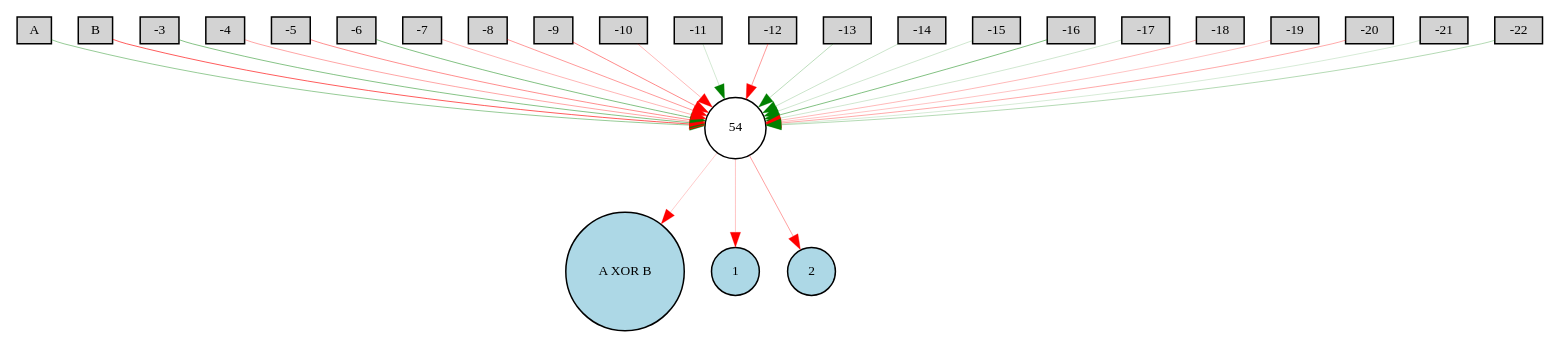
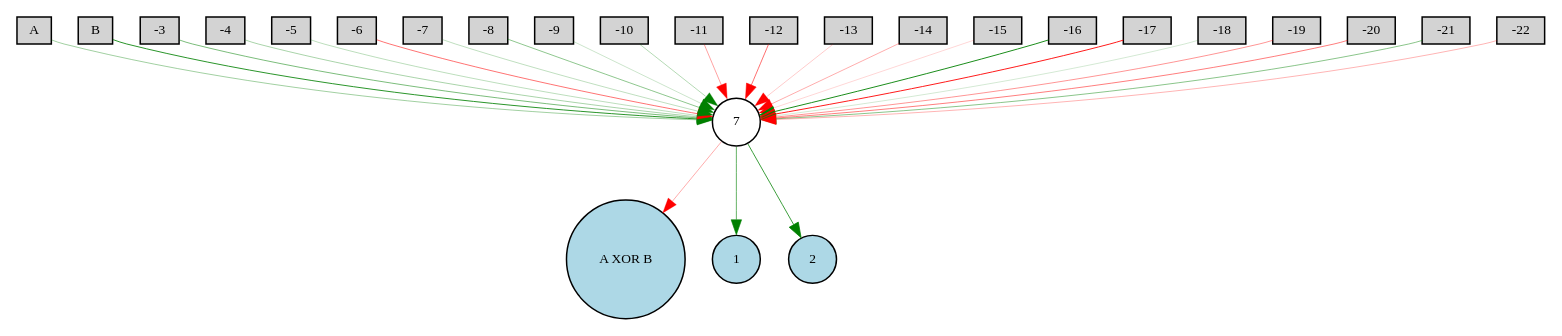
One commit to arashparnia/torcs changed the diagram in Digraph.gv. Above: the diagram before and after it, drawn with Graphviz. The commit also changed 8 other files, not shown here.

```diff
--- a/Digraph.gv
+++ b/Digraph.gv
@@ -1,54 +1,54 @@
 digraph {
 	node [fontsize=9 height=0.2 shape=circle width=0.2]
 	A [fillcolor=lightgray shape=box style=filled]
 	B [fillcolor=lightgray shape=box style=filled]
 	-3 [fillcolor=lightgray shape=box style=filled]
 	-4 [fillcolor=lightgray shape=box style=filled]
 	-5 [fillcolor=lightgray shape=box style=filled]
 	-6 [fillcolor=lightgray shape=box style=filled]
 	-7 [fillcolor=lightgray shape=box style=filled]
 	-8 [fillcolor=lightgray shape=box style=filled]
 	-9 [fillcolor=lightgray shape=box style=filled]
 	-10 [fillcolor=lightgray shape=box style=filled]
 	-11 [fillcolor=lightgray shape=box style=filled]
 	-12 [fillcolor=lightgray shape=box style=filled]
 	-13 [fillcolor=lightgray shape=box style=filled]
 	-14 [fillcolor=lightgray shape=box style=filled]
 	-15 [fillcolor=lightgray shape=box style=filled]
 	-16 [fillcolor=lightgray shape=box style=filled]
 	-17 [fillcolor=lightgray shape=box style=filled]
 	-18 [fillcolor=lightgray shape=box style=filled]
 	-19 [fillcolor=lightgray shape=box style=filled]
 	-20 [fillcolor=lightgray shape=box style=filled]
 	-21 [fillcolor=lightgray shape=box style=filled]
 	-22 [fillcolor=lightgray shape=box style=filled]
 	"A XOR B" [fillcolor=lightblue style=filled]
 	1 [fillcolor=lightblue style=filled]
 	2 [fillcolor=lightblue style=filled]
-	54 [fillcolor=white style=filled]
-	A -> 54 [color=green penwidth=0.27652886281036027 style=solid]
-	B -> 54 [color=red penwidth=0.43052549484257185 style=solid]
-	-3 -> 54 [color=green penwidth=0.32378578011933834 style=solid]
-	-4 -> 54 [color=red penwidth=0.243937608667088 style=solid]
-	-5 -> 54 [color=red penwidth=0.29968091282860376 style=solid]
-	-6 -> 54 [color=green penwidth=0.3349013456183035 style=solid]
-	-7 -> 54 [color=red penwidth=0.19801178124162183 style=solid]
-	-8 -> 54 [color=red penwidth=0.26971407026482497 style=solid]
-	-9 -> 54 [color=red penwidth=0.31111077936640497 style=solid]
-	-10 -> 54 [color=red penwidth=0.18679287073137096 style=solid]
-	-11 -> 54 [color=green penwidth=0.12122237953985682 style=solid]
-	-12 -> 54 [color=red penwidth=0.2693517365052116 style=solid]
-	-13 -> 54 [color=green penwidth=0.18234603790597692 style=solid]
-	-14 -> 54 [color=green penwidth=0.14026776743409297 style=solid]
-	-15 -> 54 [color=green penwidth=0.1290324976443023 style=solid]
-	-16 -> 54 [color=green penwidth=0.3325765921520655 style=solid]
-	-17 -> 54 [color=green penwidth=0.13026658449806094 style=solid]
-	-18 -> 54 [color=red penwidth=0.1929231458480571 style=solid]
-	-19 -> 54 [color=red penwidth=0.15545062028006437 style=solid]
-	-20 -> 54 [color=red penwidth=0.22837482204256826 style=solid]
-	-21 -> 54 [color=green penwidth=0.11043127297446877 style=solid]
-	-22 -> 54 [color=green penwidth=0.19662750787824884 style=solid]
-	54 -> "A XOR B" [color=red penwidth=0.13988700613134508 style=solid]
-	54 -> 1 [color=red penwidth=0.1570882537871096 style=solid]
-	54 -> 2 [color=red penwidth=0.251414838306547 style=solid]
+	7 [fillcolor=white style=filled]
+	A -> 7 [color=green penwidth=0.2542828169448609 style=solid]
+	B -> 7 [color=green penwidth=0.5626524194993764 style=solid]
+	-3 -> 7 [color=green penwidth=0.3464285952130184 style=solid]
+	-4 -> 7 [color=green penwidth=0.23304787876174501 style=solid]
+	-5 -> 7 [color=green penwidth=0.17827979594158383 style=solid]
+	-6 -> 7 [color=red penwidth=0.36806911243739737 style=solid]
+	-7 -> 7 [color=green penwidth=0.1654799267419898 style=solid]
+	-8 -> 7 [color=green penwidth=0.30151698660742565 style=solid]
+	-9 -> 7 [color=green penwidth=0.1370786816492695 style=solid]
+	-10 -> 7 [color=green penwidth=0.2047620392526776 style=solid]
+	-11 -> 7 [color=red penwidth=0.25066399401924777 style=solid]
+	-12 -> 7 [color=red penwidth=0.37910090585819156 style=solid]
+	-13 -> 7 [color=red penwidth=0.13903708591923342 style=solid]
+	-14 -> 7 [color=red penwidth=0.21979651584042217 style=solid]
+	-15 -> 7 [color=red penwidth=0.10689327908351894 style=solid]
+	-16 -> 7 [color=green penwidth=0.6039786519088398 style=solid]
+	-17 -> 7 [color=red penwidth=0.602830919793443 style=solid]
+	-18 -> 7 [color=green penwidth=0.12431987409999332 style=solid]
+	-19 -> 7 [color=red penwidth=0.28000887959659937 style=solid]
+	-20 -> 7 [color=red penwidth=0.33611919638223864 style=solid]
+	-21 -> 7 [color=green penwidth=0.30583032356520945 style=solid]
+	-22 -> 7 [color=red penwidth=0.2023979841564046 style=solid]
+	7 -> "A XOR B" [color=red penwidth=0.21593611516506042 style=solid]
+	7 -> 1 [color=green penwidth=0.4101970818262809 style=solid]
+	7 -> 2 [color=green penwidth=0.5101558485318396 style=solid]
 }
```
